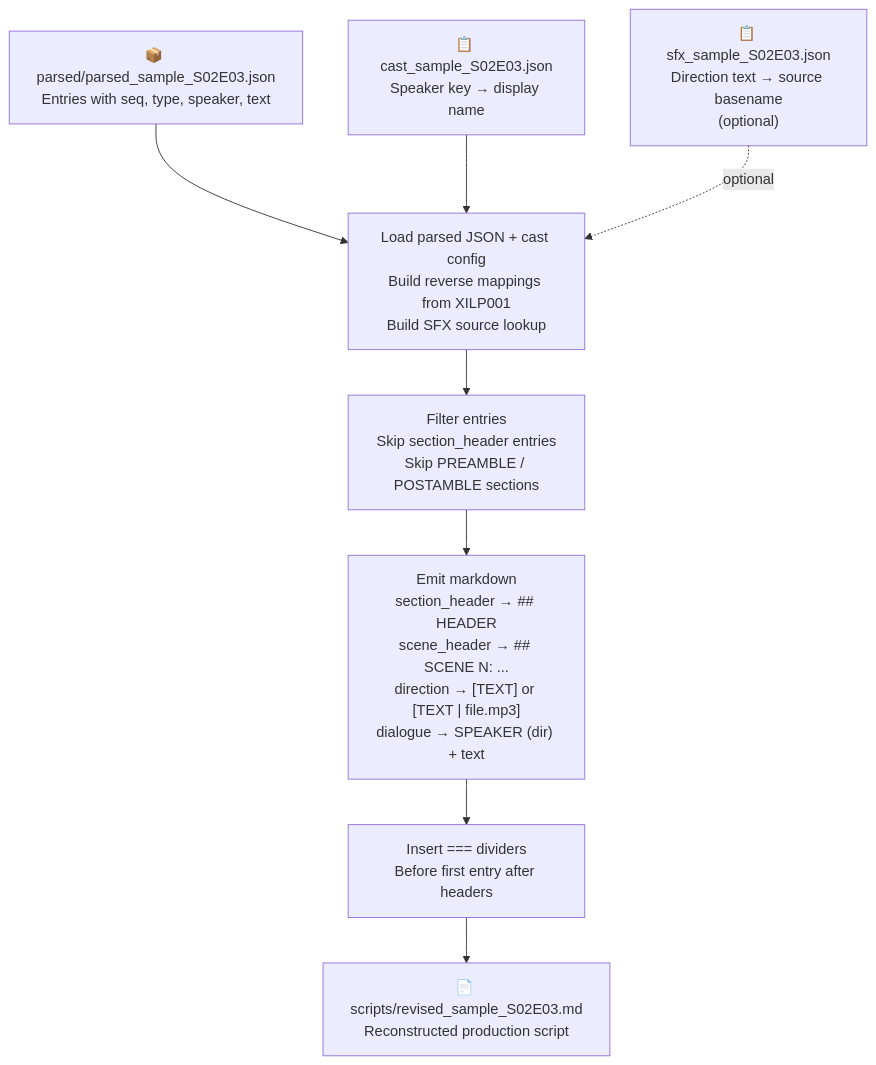
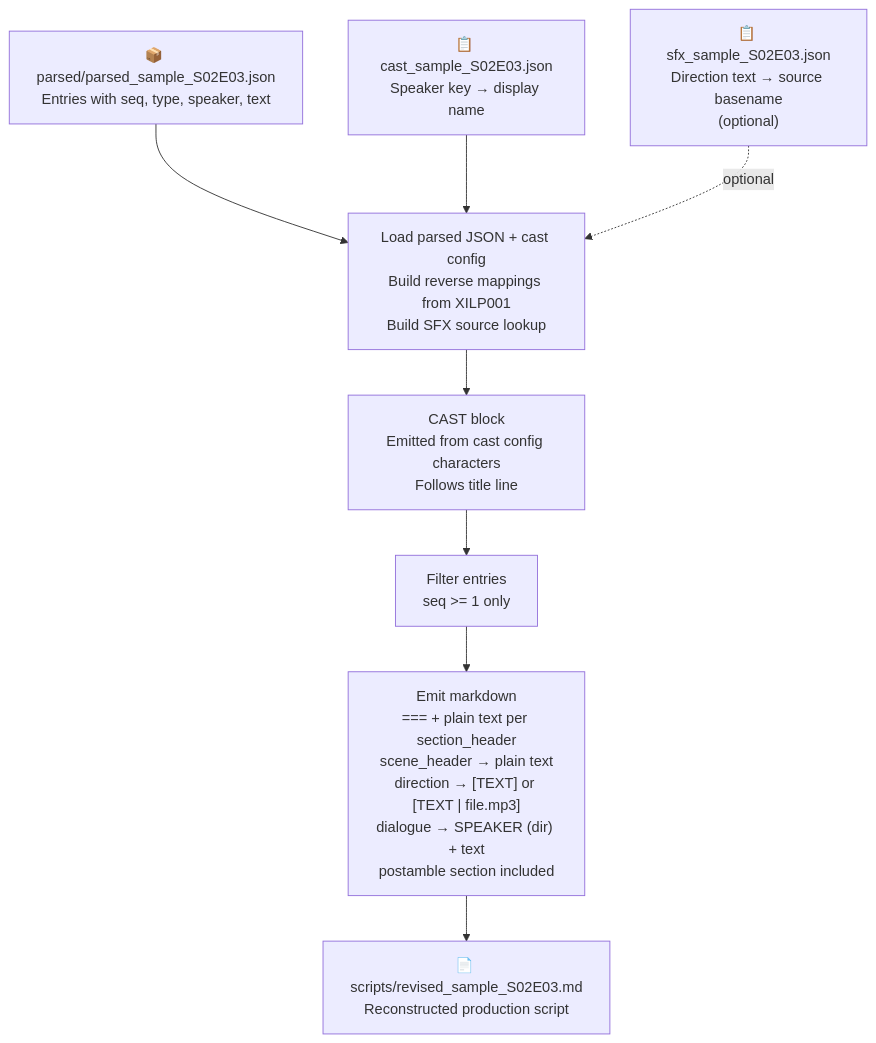
Diagram 19 of 23 in docs/pipeline.md (xilcmd/xil-pipeline), drawn with Mermaid before and after one commit. The commit also changed other lines of this file and 9 other files, not shown here.

````diff
--- a/docs/pipeline.md
+++ b/docs/pipeline.md
@@ -1193,32 +1193,32 @@
 ```mermaid
 flowchart TD
     PARSED["`📦 parsed/parsed_sample_S02E03.json
     Entries with seq, type, speaker, text`"]
     CAST["`📋 cast_sample_S02E03.json
     Speaker key → display name`"]
     SFX["`📋 sfx_sample_S02E03.json
     Direction text → source basename
     (optional)`"]
 
     LOAD["`Load parsed JSON + cast config
     Build reverse mappings from XILP001
     Build SFX source lookup`"]
+    CAST_BLOCK["`CAST block
+    Emitted from cast config characters
+    Follows title line`"]
     FILTER["`Filter entries
-    Skip section_header entries
-    Skip PREAMBLE / POSTAMBLE sections`"]
+    seq >= 1 only`"]
     EMIT["`Emit markdown
-    section_header → ## HEADER
-    scene_header → ## SCENE N: ...
+    === + plain text per section_header
+    scene_header → plain text
     direction → [TEXT] or [TEXT | file.mp3]
-    dialogue → SPEAKER (dir) + text`"]
-    DIVIDER["`Insert === dividers
-    Before first entry after headers`"]
+    dialogue → SPEAKER (dir) + text
+    postamble section included`"]
 
     PARSED --> LOAD
     CAST --> LOAD
     SFX -.->|optional| LOAD
-    LOAD --> FILTER --> EMIT
-    EMIT --> DIVIDER
-    DIVIDER --> OUTPUT["`📄 scripts/revised_sample_S02E03.md
+    LOAD --> CAST_BLOCK --> FILTER --> EMIT
+    EMIT --> OUTPUT["`📄 scripts/revised_sample_S02E03.md
     Reconstructed production script`"]
 ```
````
